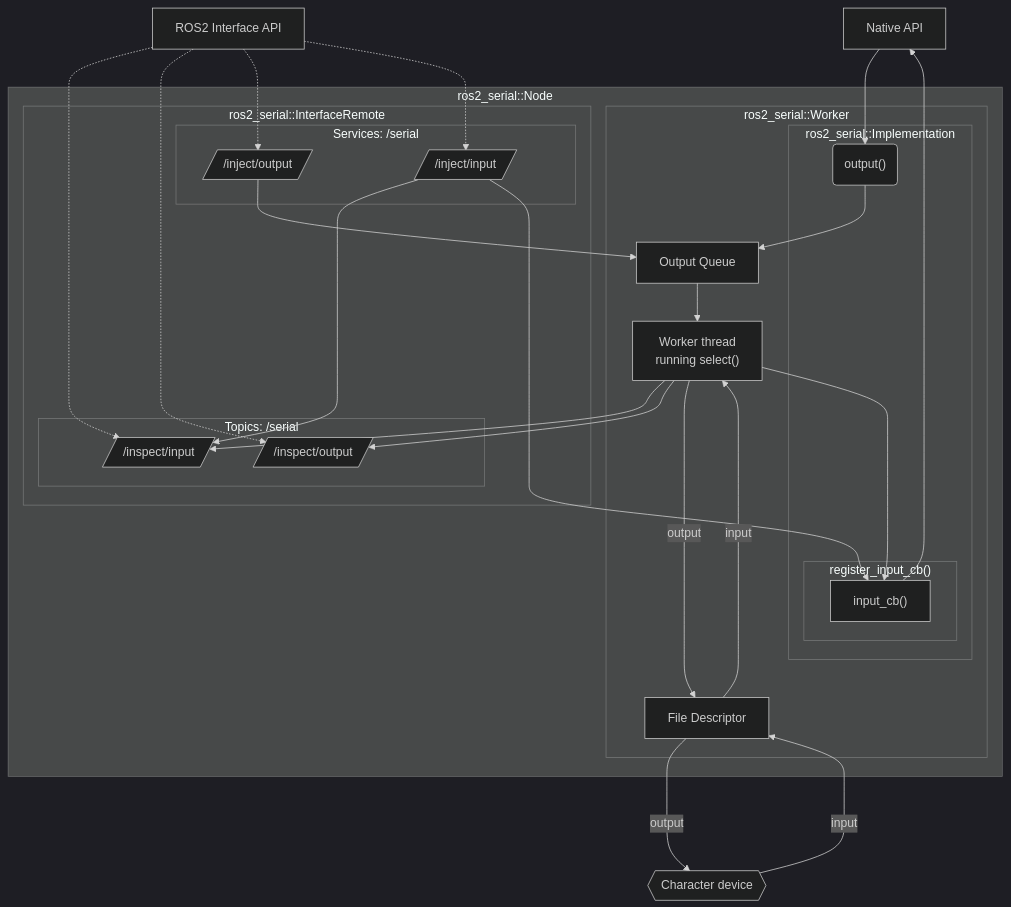
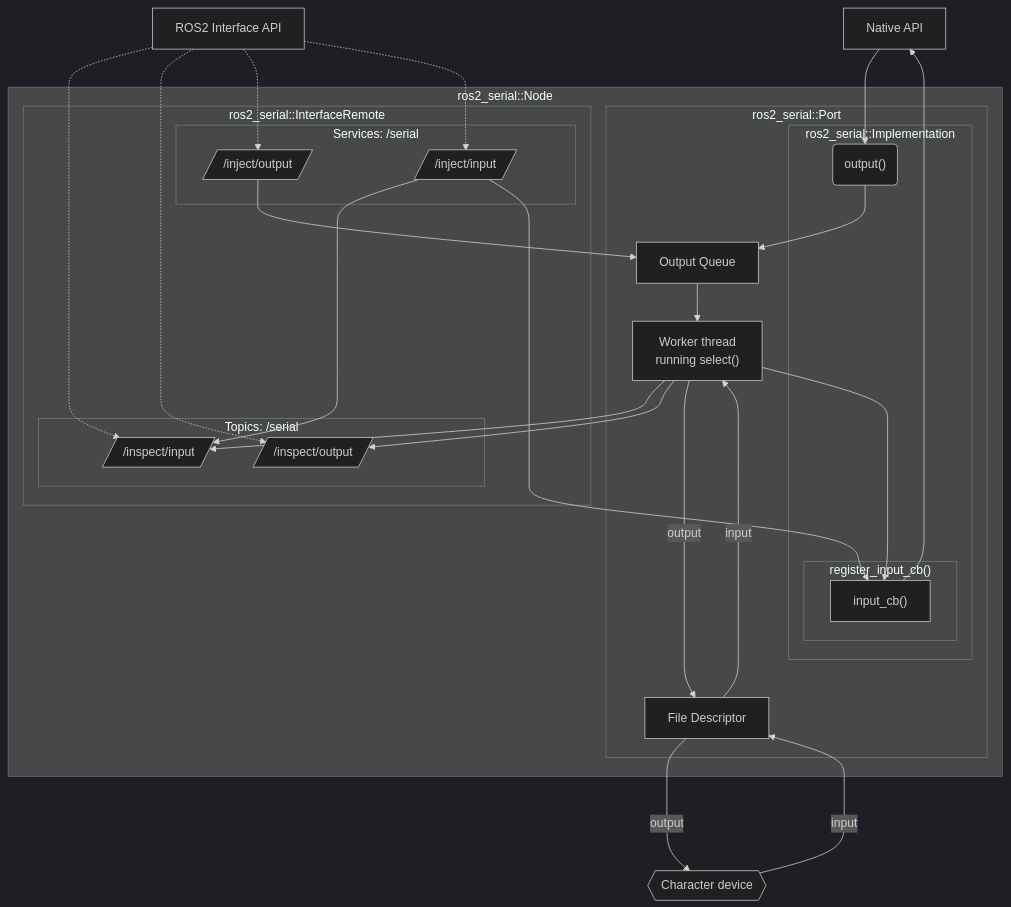
One commit to openvmp/serial changed the third of 3 diagrams in README.md. Above: the diagram before and after it, drawn with Mermaid (dark theme). The commit also changed 11 other files, not shown here.

Commit message:
Refactored the boundary between the serial protocol implementation class and the serial port class as deemed necessary by an implementation of UART on a microcontroller.

````diff
--- a/README.md
+++ b/README.md
@@ -78,58 +78,58 @@
 ```mermaid
 flowchart TB
     owner["Native API"]
     external["ROS2 Interface API"]
 
     subgraph node["ros2_serial::Node"]
 
       subgraph interface_ros2["ros2_serial::InterfaceRemote"]
         subgraph topics["Topics: /serial"]
           published_input[//inspect/input/]
           published_output[//inspect/output/]
         end
 
         subgraph services["Services: /serial"]
           service_send[//inject/output/]
           service_recv[//inject/input/]
         end
       end
 
-      subgraph worker["ros2_serial::Worker"]
+      subgraph worker["ros2_serial::Port"]
         output_queue["Output Queue"]
         thread["Worker thread\nrunning select()"]
 
         subgraph interface_native["ros2_serial::Implementation"]
           subgraph register_input_cb["register_input_cb()"]
             input_cb["input_cb()"]
           end
           output("output()")
         end
 
         fd["File Descriptor"]
       end
 
     end
     file{{"Character device"}}
 
     %% owner -- "Constructor\nwith parameters" ----> node
     owner --> output --> output_queue
     %% owner --> register_input_cb
 
     external .-> published_input
     external .-> published_output
     external .-> service_send
     external .-> service_recv
 
     service_recv --> published_input
     service_recv --> input_cb
 
     service_send --> output_queue
     output_queue --> thread
     thread --> published_input
     thread --> published_output
     thread ---> input_cb --> owner
 
     file -- "input" ---> fd -- "input" ----> thread
     thread -- "output" --> fd -- "output" --> file
 
 ```
````
